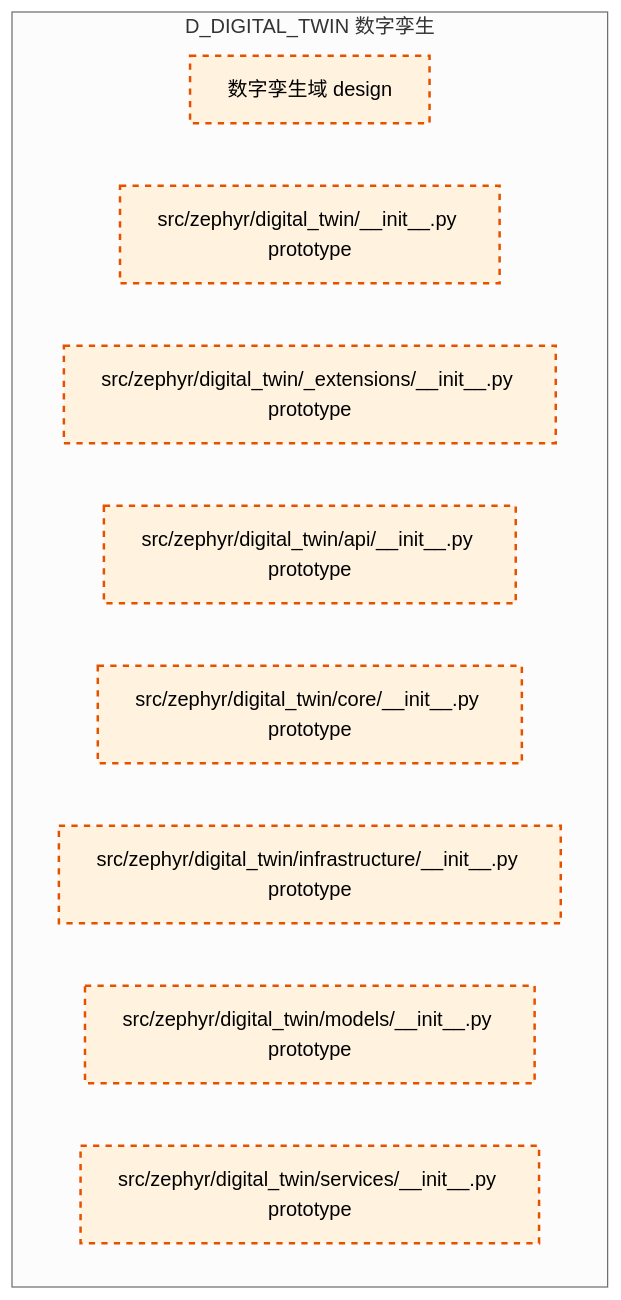
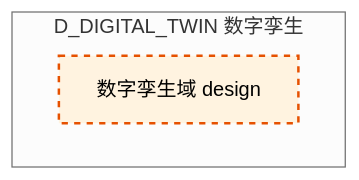
One commit to xuanFelixVan/ZephyrAlpha changed the diagram in docs/02_enterprise_architecture/02_domain_architecture_docs/27_d_digital_twin.md. Above: the diagram before and after it, drawn with Mermaid (neutral theme). The commit also changed other lines of this file and 52 other files, not shown here.

````diff
--- a/docs/02_enterprise_architecture/02_domain_architecture_docs/27_d_digital_twin.md
+++ b/docs/02_enterprise_architecture/02_domain_architecture_docs/27_d_digital_twin.md
@@ -47,18 +47,11 @@
 ```mermaid
 graph TD
     subgraph D_DIGITAL_TWIN["D_DIGITAL_TWIN 数字孪生"]
         src_zephyr_digital_twin["数字孪生域 design"]
-        src_zephyr_digital_twin_init_py["src/zephyr/digital_twin/__init__.py prototype"]
-        src_zephyr_digital_twin_extensions_init_py["src/zephyr/digital_twin/_extensions/__init__.py prototype"]
-        src_zephyr_digital_twin_api_init_py["src/zephyr/digital_twin/api/__init__.py prototype"]
-        src_zephyr_digital_twin_core_init_py["src/zephyr/digital_twin/core/__init__.py prototype"]
-        src_zephyr_digital_twin_infrastructure_init_py["src/zephyr/digital_twin/infrastructure/__init__.py prototype"]
-        src_zephyr_digital_twin_models_init_py["src/zephyr/digital_twin/models/__init__.py prototype"]
-        src_zephyr_digital_twin_services_init_py["src/zephyr/digital_twin/services/__init__.py prototype"]
     end
     classDef production fill:#e1f5fe,stroke:#01579b,stroke-width:2px,color:#000
     classDef design fill:#fff3e0,stroke:#e65100,stroke-width:2px,color:#000,stroke-dasharray: 5 5
     classDef external_prod fill:#e8f5e9,stroke:#1b5e20,stroke-width:1px,color:#000
     classDef external_design fill:#fce4ec,stroke:#880e4f,stroke-width:1px,color:#000,stroke-dasharray: 5 5
-    class src_zephyr_digital_twin,src_zephyr_digital_twin_init_py,src_zephyr_digital_twin_extensions_init_py,src_zephyr_digital_twin_api_init_py,src_zephyr_digital_twin_core_init_py,src_zephyr_digital_twin_infrastructure_init_py,src_zephyr_digital_twin_models_init_py,src_zephyr_digital_twin_services_init_py design
+    class src_zephyr_digital_twin design
 ```
````
